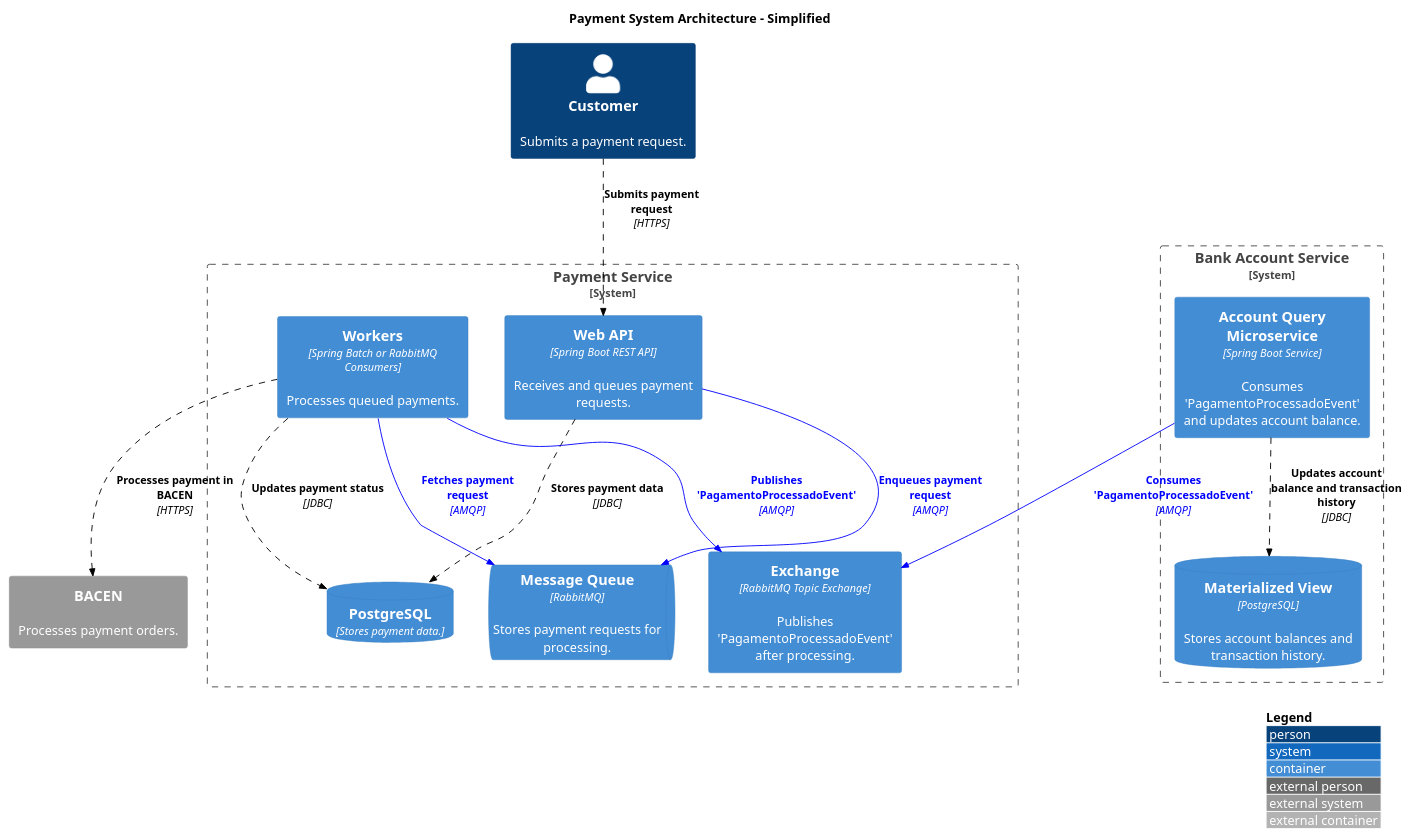
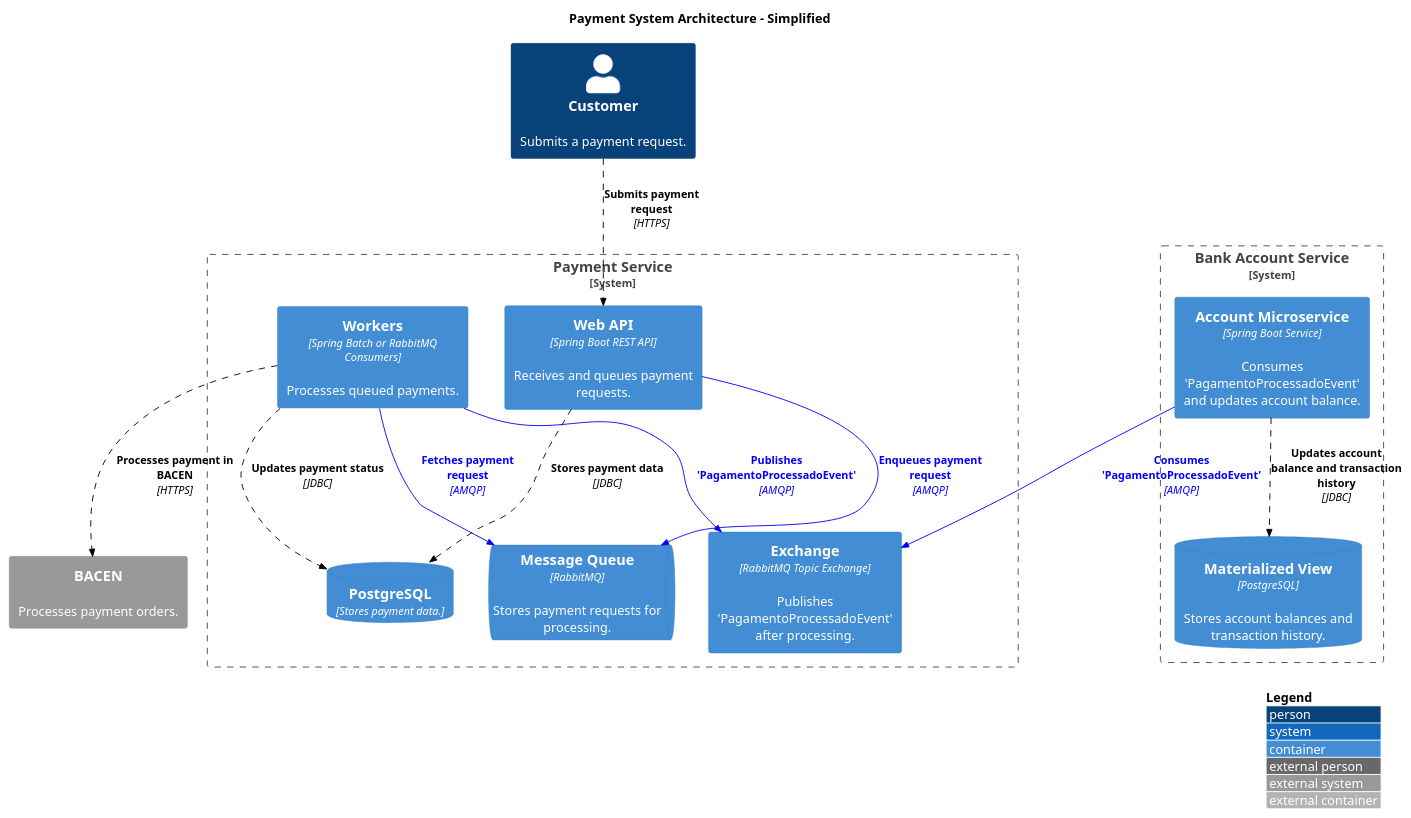
One commit to fernandoareias/payments-processor changed the diagram in docs/architecture.puml. Above: the diagram before and after it, drawn with PlantUML. The commit also changed 47 other files, not shown here.

```diff
--- a/docs/architecture.puml
+++ b/docs/architecture.puml
@@ -1,37 +1,37 @@
 @startuml
 !include https://raw.githubusercontent.com/kirchsth/C4-PlantUML/extended/C4_Container.puml
 
 AddRelTag("sync", $textColor="black", $lineColor="black", $lineStyle = DashedLine())
 AddRelTag("async", $textColor="blue", $lineColor="blue", $lineStyle = SolidLine())
 
 LAYOUT_WITH_LEGEND()
 
 title Payment System Architecture - Simplified
 
 Person(customer, "Customer", "Submits a payment request.")
 System_Ext(paymentGateway, "BACEN", "Processes payment orders.")
 
 System_Boundary(container_boundary, "Payment Service") {
     Container(webapi, "Web API", "Spring Boot REST API", "Receives and queues payment requests.")
     Container(worker, "Workers", "Spring Batch or RabbitMQ Consumers", "Processes queued payments.")
     ContainerDb(database, "PostgreSQL", "Stores payment data.")
     ContainerQueue(queue, "Message Queue", "RabbitMQ", "Stores payment requests for processing.")
     Container(exchange, "Exchange", "RabbitMQ Topic Exchange", "Publishes 'PagamentoProcessadoEvent' after processing.")
 }
 
 System_Boundary(account_boundary, "Bank Account Service") {
-    Container(queryMicroservice, "Account Query Microservice", "Spring Boot Service", "Consumes 'PagamentoProcessadoEvent' and updates account balance.")
+    Container(account_ms, "Account Microservice", "Spring Boot Service", "Consumes 'PagamentoProcessadoEvent' and updates account balance.")
     ContainerDb(materializedView, "Materialized View", "PostgreSQL", "Stores account balances and transaction history.")
 }
 
 Rel(customer, webapi, "Submits payment request", "HTTPS", $tags="sync")
 Rel(webapi, queue, "Enqueues payment request", "AMQP", $tags="async")
 Rel(worker, queue, "Fetches payment request", "AMQP", $tags="async")
 Rel(worker, paymentGateway, "Processes payment in BACEN", "HTTPS", $tags="sync")
 Rel(webapi, database, "Stores payment data", "JDBC", $tags="sync")
 Rel(worker, database, "Updates payment status", "JDBC", $tags="sync")
 Rel(worker, exchange, "Publishes 'PagamentoProcessadoEvent'", "AMQP", $tags="async")
-Rel(queryMicroservice, exchange, "Consumes 'PagamentoProcessadoEvent'", "AMQP", $tags="async")
-Rel(queryMicroservice, materializedView, "Updates account balance and transaction history", "JDBC", $tags="sync")
+Rel(account_ms, exchange, "Consumes 'PagamentoProcessadoEvent'", "AMQP", $tags="async")
+Rel(account_ms, materializedView, "Updates account balance and transaction history", "JDBC", $tags="sync")
 
 @enduml
```
